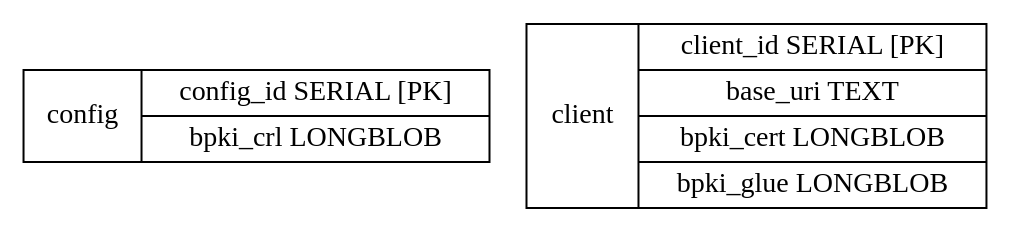
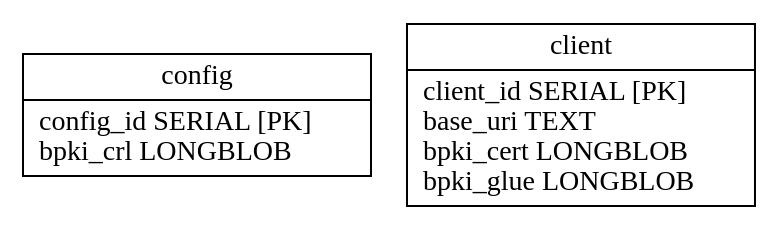
The diagram in rpkid/doc/pubd.dot (dragonresearch/rpki.net), drawn with Graphviz before and after one commit. The commit also changed 12 other files, not shown here.

```diff
--- a/rpkid/doc/pubd.dot
+++ b/rpkid/doc/pubd.dot
@@ -1,9 +1,9 @@
 // Automatically generated from pubd.sql
 
 digraph test {
 	edge [arrowtail=none, arrowhead=crow];
 	graph [ratio=fill, overlap=false, bgcolor=white];
 	node [label="\N", fillcolor=white, shape=record, style=filled];
-	config [label="config|{config_id\ SERIAL\ \[PK\]|bpki_crl\ LONGBLOB}"];
-	client [label="client|{client_id\ SERIAL\ \[PK\]|base_uri\ TEXT|bpki_cert\ LONGBLOB|bpki_glue\ LONGBLOB}"];
+	config [label="{config\n|config_id\ SERIAL\ [PK]\lbpki_crl\ LONGBLOB\l}"];
+	client [label="{client\n|client_id\ SERIAL\ [PK]\lbase_uri\ TEXT\lbpki_cert\ LONGBLOB\lbpki_glue\ LONGBLOB\l}"];
 }
```
